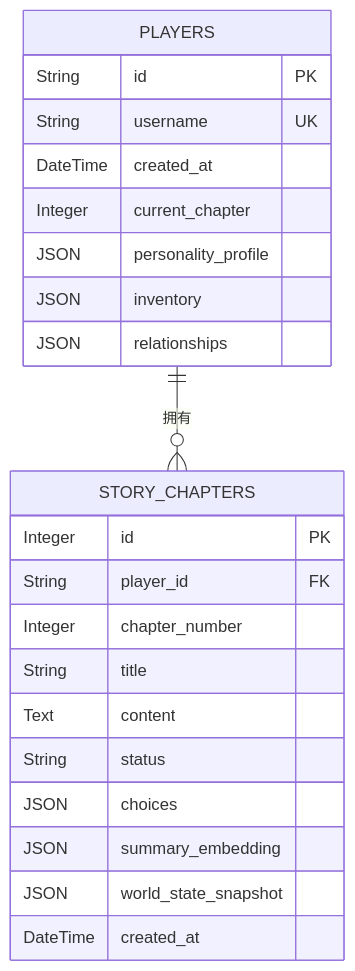
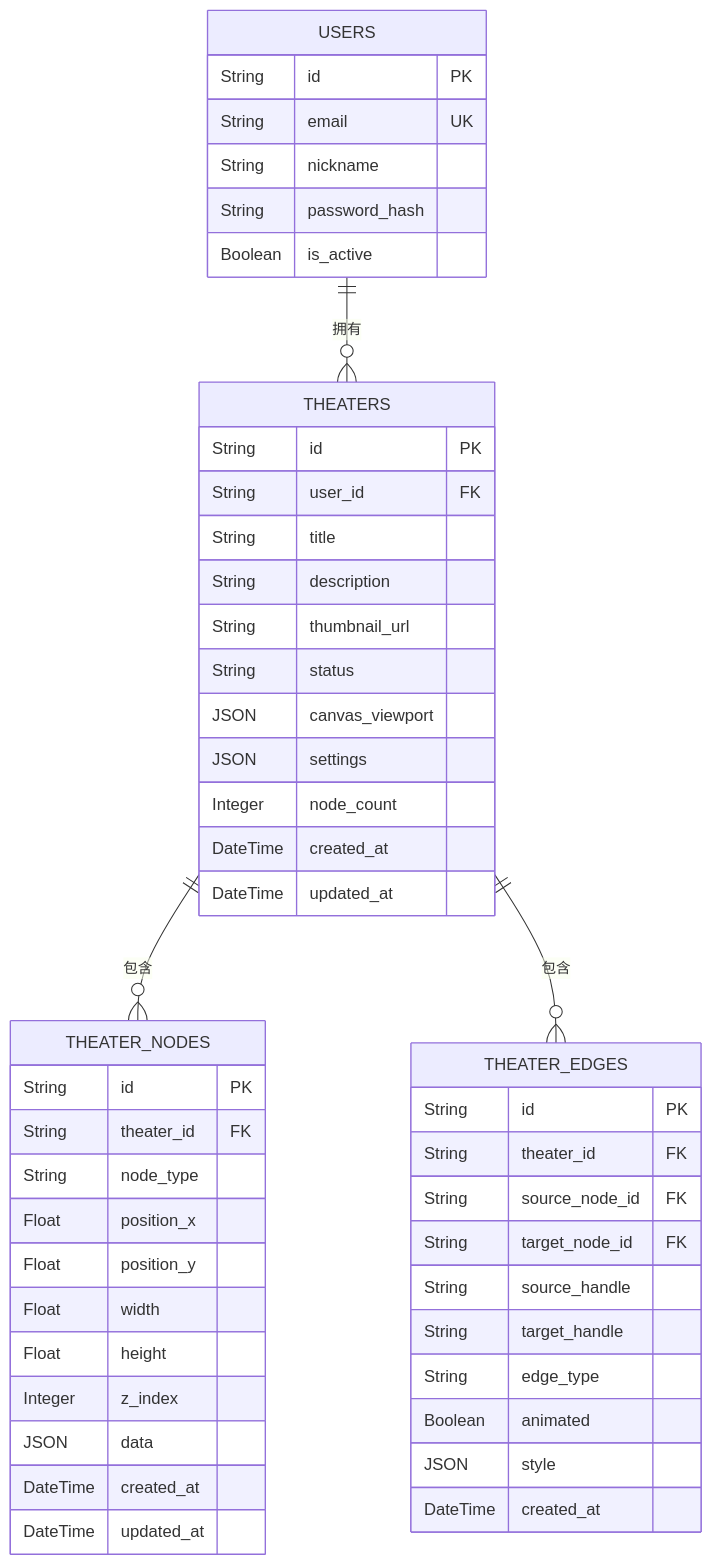
The ninth of 13 diagrams in .qoder/repowiki/zh/content/数据库设计/故事章节模型.md (KunLabAI/KunFlix), drawn with Mermaid before and after one commit. The commit also changed other lines of this file and 39 other files, not shown here.

````diff
--- a/.qoder/repowiki/zh/content/数据库设计/故事章节模型.md
+++ b/.qoder/repowiki/zh/content/数据库设计/故事章节模型.md
@@ -296,25 +482,51 @@
 ```mermaid
 erDiagram
-PLAYERS {
+USERS {
 String id PK
-String username UK
+String email UK
+String nickname
+String password_hash
+Boolean is_active
+}
+THEATERS {
+String id PK
+String user_id FK
+String title
+String description
+String thumbnail_url
+String status
+JSON canvas_viewport
+JSON settings
+Integer node_count
 DateTime created_at
-Integer current_chapter
-JSON personality_profile
-JSON inventory
-JSON relationships
+DateTime updated_at
 }
-STORY_CHAPTERS {
-Integer id PK
-String player_id FK
-Integer chapter_number
-String title
-Text content
-String status
-JSON choices
-JSON summary_embedding
-JSON world_state_snapshot
+THEATER_NODES {
+String id PK
+String theater_id FK
+String node_type
+Float position_x
+Float position_y
+Float width
+Float height
+Integer z_index
+JSON data
+DateTime created_at
+DateTime updated_at
+}
+THEATER_EDGES {
+String id PK
+String theater_id FK
+String source_node_id FK
+String target_node_id FK
+String source_handle
+String target_handle
+String edge_type
+Boolean animated
+JSON style
 DateTime created_at
 }
-PLAYERS ||--o{ STORY_CHAPTERS : "拥有"
+USERS ||--o{ THEATERS : "拥有"
+THEATERS ||--o{ THEATER_NODES : "包含"
+THEATERS ||--o{ THEATER_EDGES : "包含"
 ```
````
